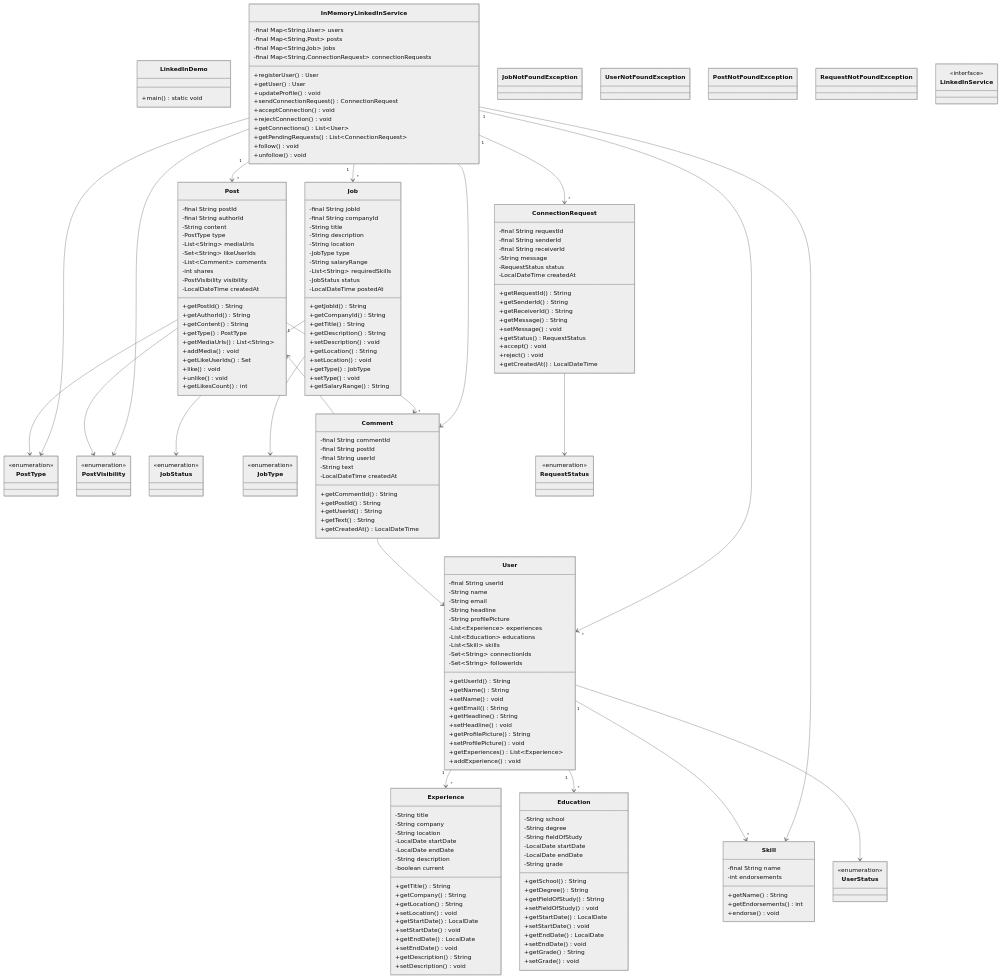
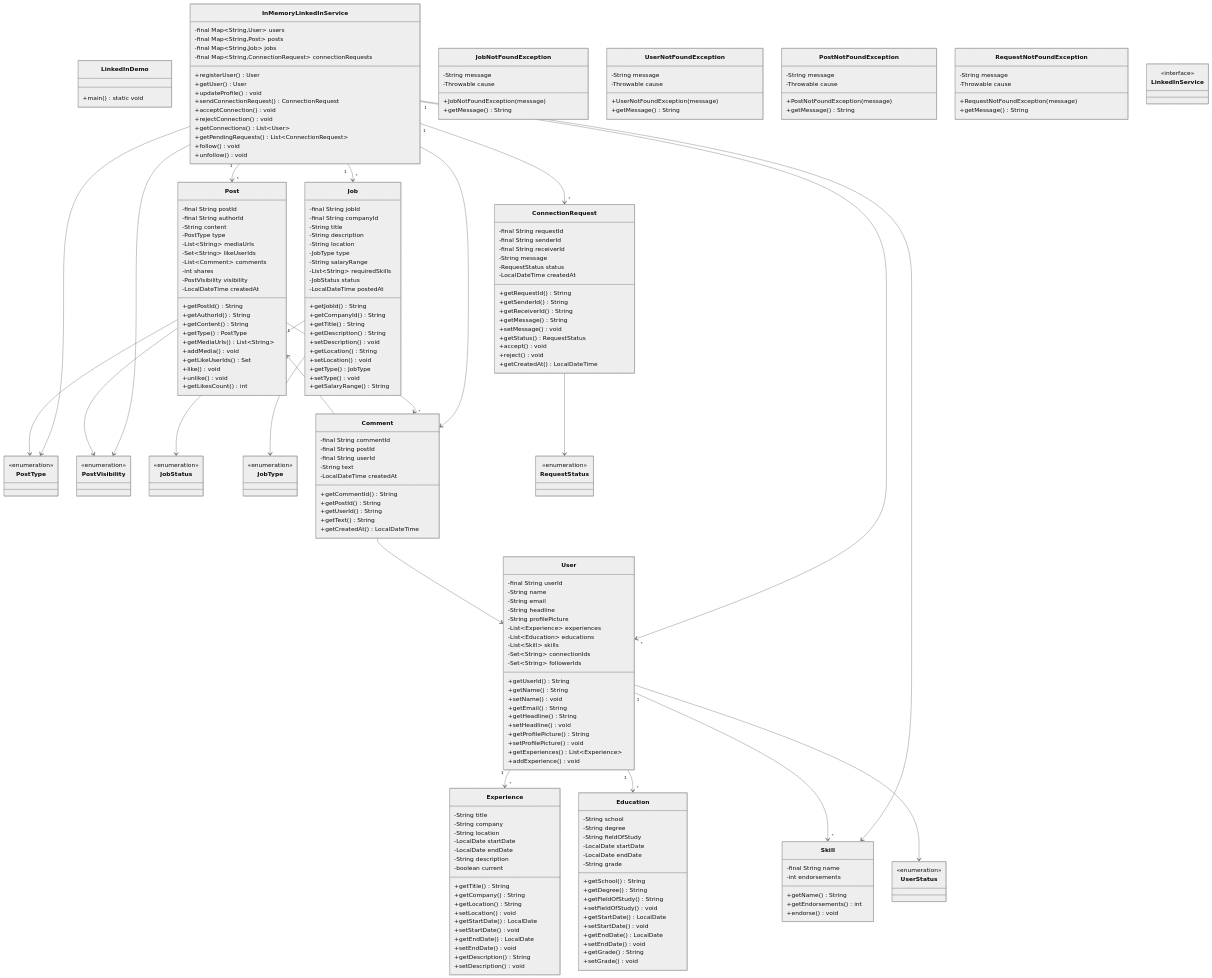
Before and after one commit to dlkr18/lld-playbook: the diagram in docs/problems/linkedin/README.md, drawn with Mermaid (neutral theme). The commit also changed 64 other files, not shown here.

```diff
--- a/docs/problems/linkedin/README.md
+++ b/docs/problems/linkedin/README.md
@@ -108,15 +108,31 @@
     }
 
     class JobNotFoundException {
+        -String message
+        -Throwable cause
+        +JobNotFoundException(message)
+        +getMessage() String
     }
 
     class UserNotFoundException {
+        -String message
+        -Throwable cause
+        +UserNotFoundException(message)
+        +getMessage() String
     }
 
     class PostNotFoundException {
+        -String message
+        -Throwable cause
+        +PostNotFoundException(message)
+        +getMessage() String
     }
 
     class RequestNotFoundException {
+        -String message
+        -Throwable cause
+        +RequestNotFoundException(message)
+        +getMessage() String
     }
 
     class Post {
```
